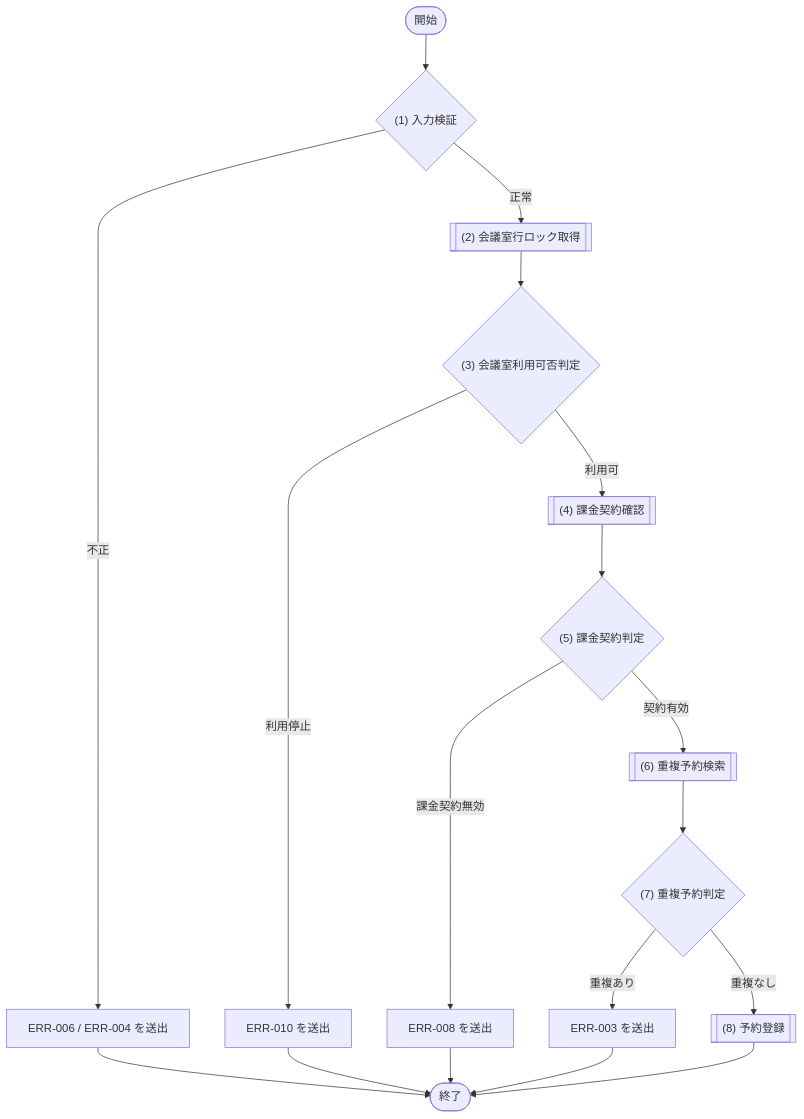
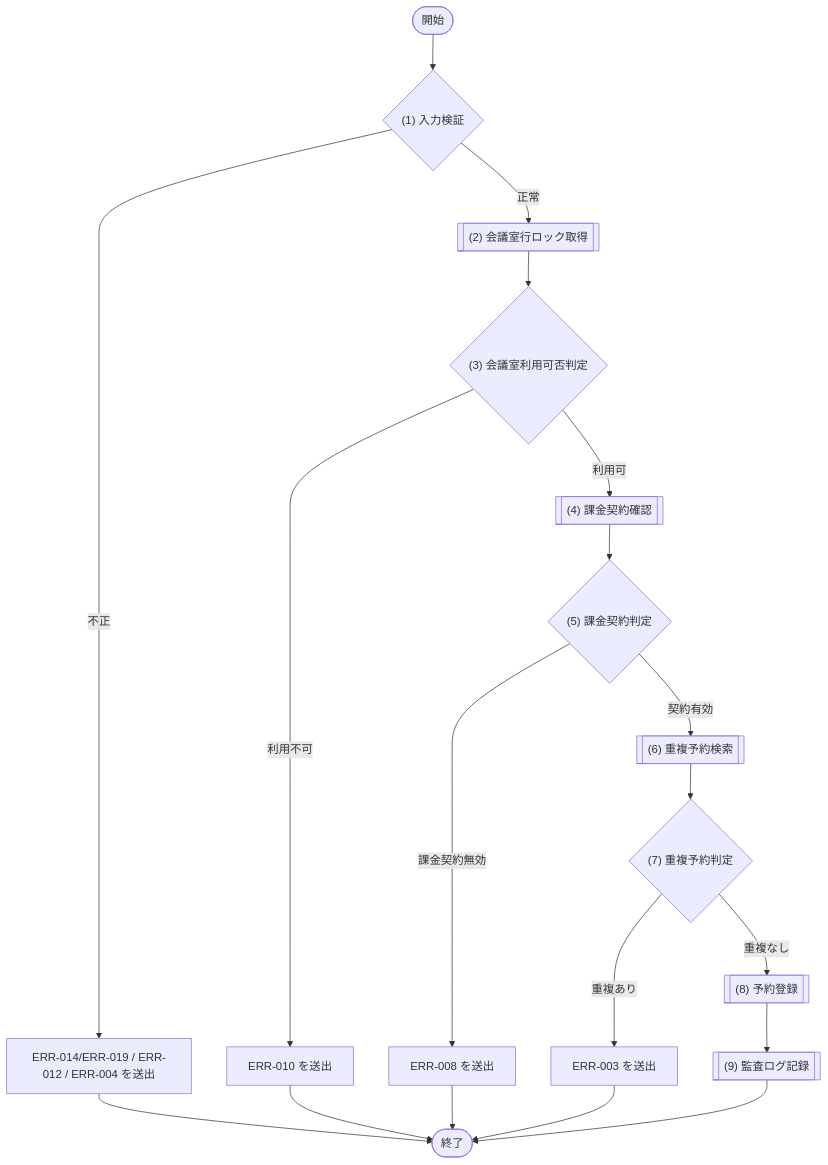
The second of 6 diagrams in docs/03_機能設計/06_モジュール設計/MOD-003_予約サービス.md (sikakou54/system-document-template), drawn with Mermaid before and after one commit. The commit also changed other lines of this file and 136 other files, not shown here.

````diff
--- a/docs/03_機能設計/06_モジュール設計/MOD-003_予約サービス.md
+++ b/docs/03_機能設計/06_モジュール設計/MOD-003_予約サービス.md
@@ -140,27 +143,28 @@
 ```mermaid
 flowchart TD
   Start([開始])
   D1{"(1) 入力検証"}
   P1[["(2) 会議室行ロック取得"]]
   D2{"(3) 会議室利用可否判定"}
   P2[["(4) 課金契約確認"]]
   D3{"(5) 課金契約判定"}
   P3[["(6) 重複予約検索"]]
   D4{"(7) 重複予約判定"}
   P4[["(8) 予約登録"]]
-  E1["ERR-006 / ERR-004 を送出"]
+  P5[["(9) 監査ログ記録"]]
+  E1["ERR-014/ERR-019 / ERR-012 / ERR-004 を送出"]
   E2["ERR-010 を送出"]
   E4["ERR-008 を送出"]
   E3["ERR-003 を送出"]
   End([終了])
 
   Start --> D1
   D1 -- "不正" --> E1 --> End
   D1 -- "正常" --> P1 --> D2
-  D2 -- "利用停止" --> E2 --> End
+  D2 -- "利用不可" --> E2 --> End
   D2 -- "利用可" --> P2 --> D3
   D3 -- "課金契約無効" --> E4 --> End
   D3 -- "契約有効" --> P3 --> D4
   D4 -- "重複あり" --> E3 --> End
-  D4 -- "重複なし" --> P4 --> End
+  D4 -- "重複なし" --> P4 --> P5 --> End
 ```
````
